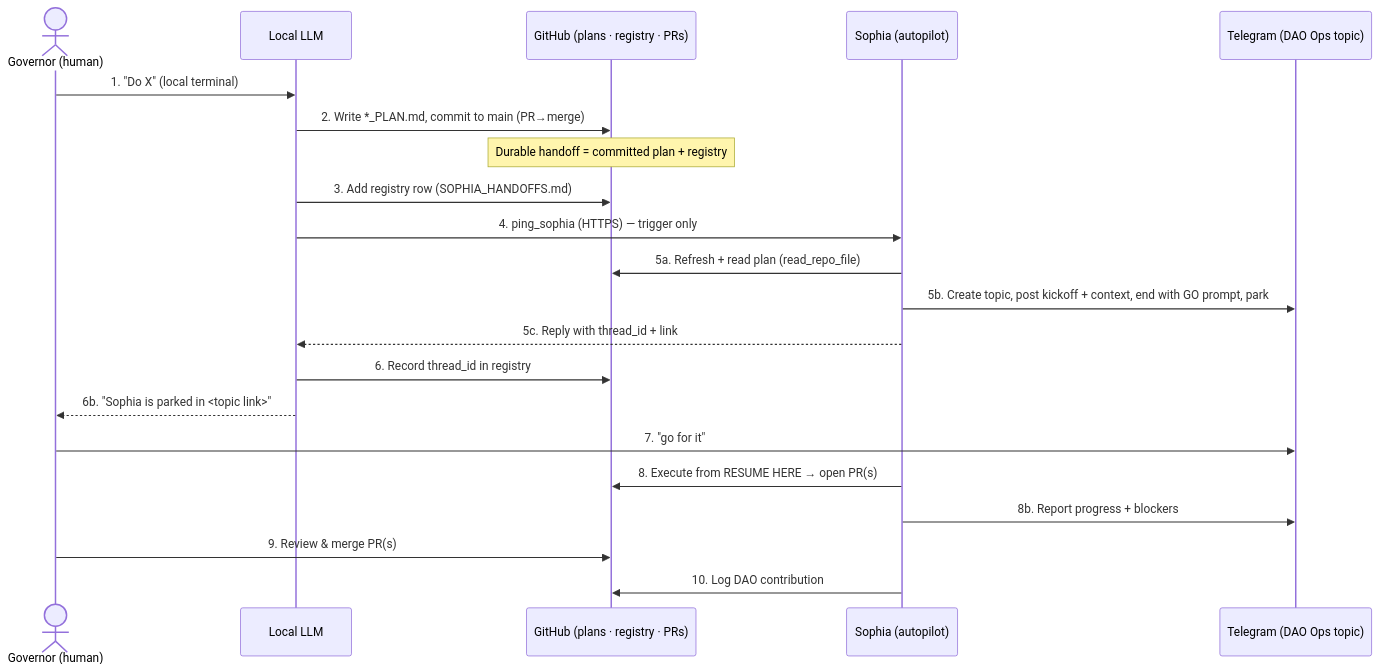
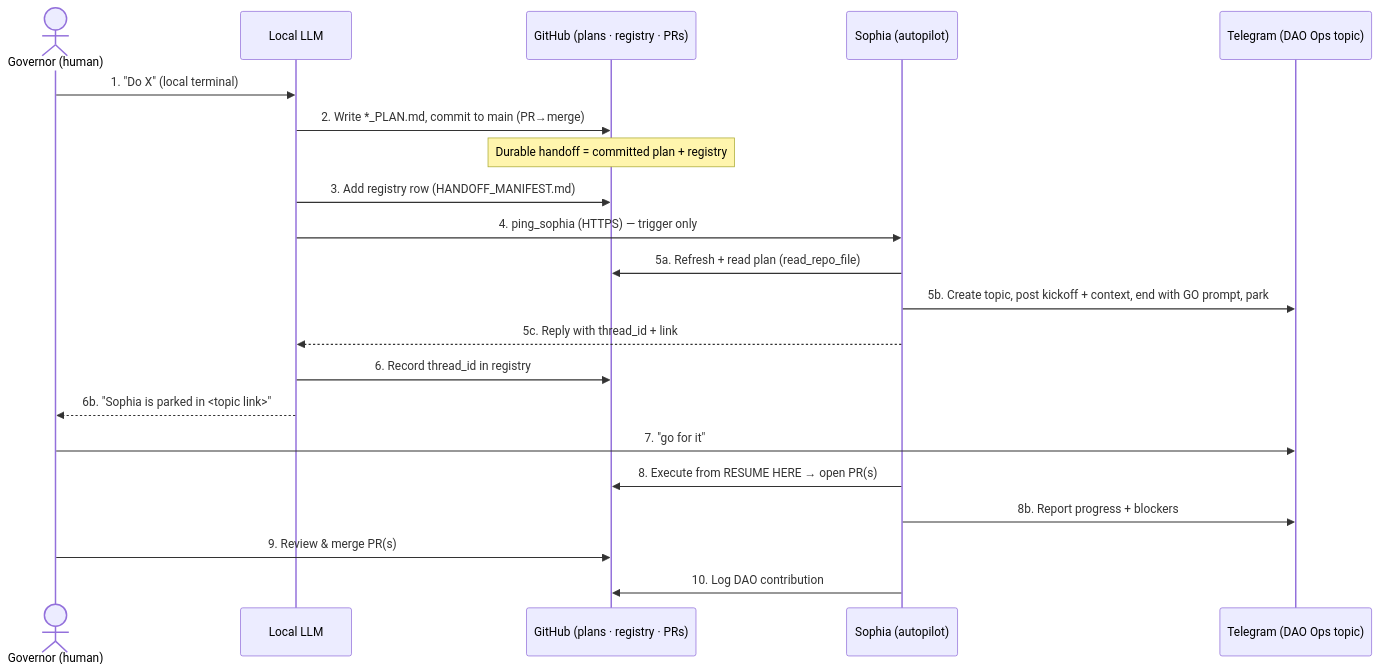
One commit to TrueSightDAO/agentic_ai_context changed the first of 3 diagrams in handoffs/HANDOFF_PROTOCOL_OVERVIEW.md. Above: the diagram before and after it, drawn with Mermaid. The commit also changed other lines of this file and 11 other files, not shown here.

````diff
--- a/handoffs/HANDOFF_PROTOCOL_OVERVIEW.md
+++ b/handoffs/HANDOFF_PROTOCOL_OVERVIEW.md
@@ -35,24 +37,24 @@
 ```mermaid
 sequenceDiagram
     actor G as Governor (human)
     participant L as Local LLM
     participant GH as GitHub (plans · registry · PRs)
     participant S as Sophia (autopilot)
     participant TG as Telegram (DAO Ops topic)
 
     G->>L: 1. "Do X" (local terminal)
     L->>GH: 2. Write *_PLAN.md, commit to main (PR→merge)
     Note over GH: Durable handoff = committed plan + registry
-    L->>GH: 3. Add registry row (SOPHIA_HANDOFFS.md)
+    L->>GH: 3. Add registry row (HANDOFF_MANIFEST.md)
     L->>S: 4. ping_sophia (HTTPS) — trigger only
     S->>GH: 5a. Refresh + read plan (read_repo_file)
     S->>TG: 5b. Create topic, post kickoff + context, end with GO prompt, park
     S-->>L: 5c. Reply with thread_id + link
     L->>GH: 6. Record thread_id in registry
     L-->>G: 6b. "Sophia is parked in <topic link>"
     G->>TG: 7. "go for it"
     S->>GH: 8. Execute from RESUME HERE → open PR(s)
     S->>TG: 8b. Report progress + blockers
     G->>GH: 9. Review & merge PR(s)
     S->>GH: 10. Log DAO contribution
 ```
````
